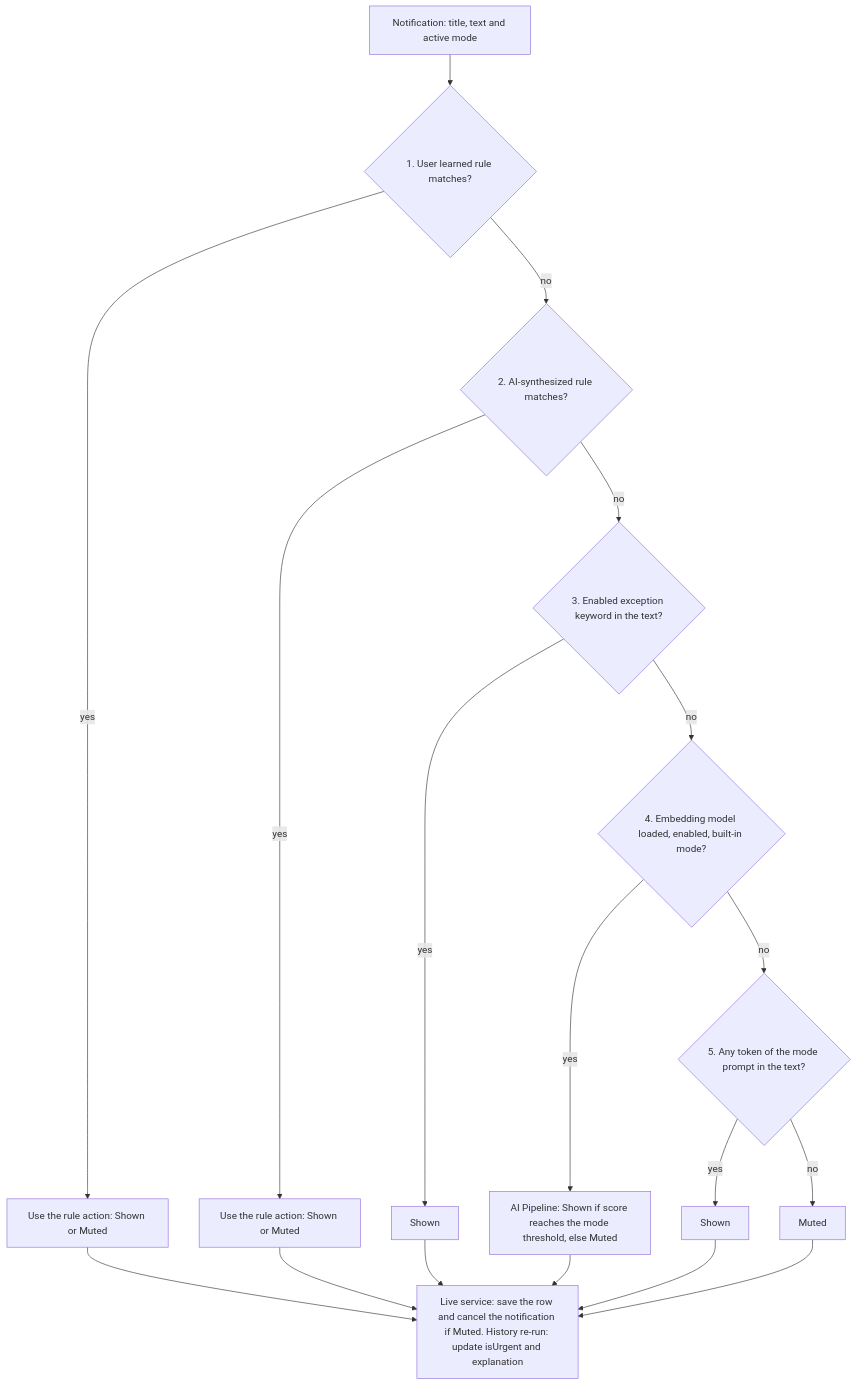
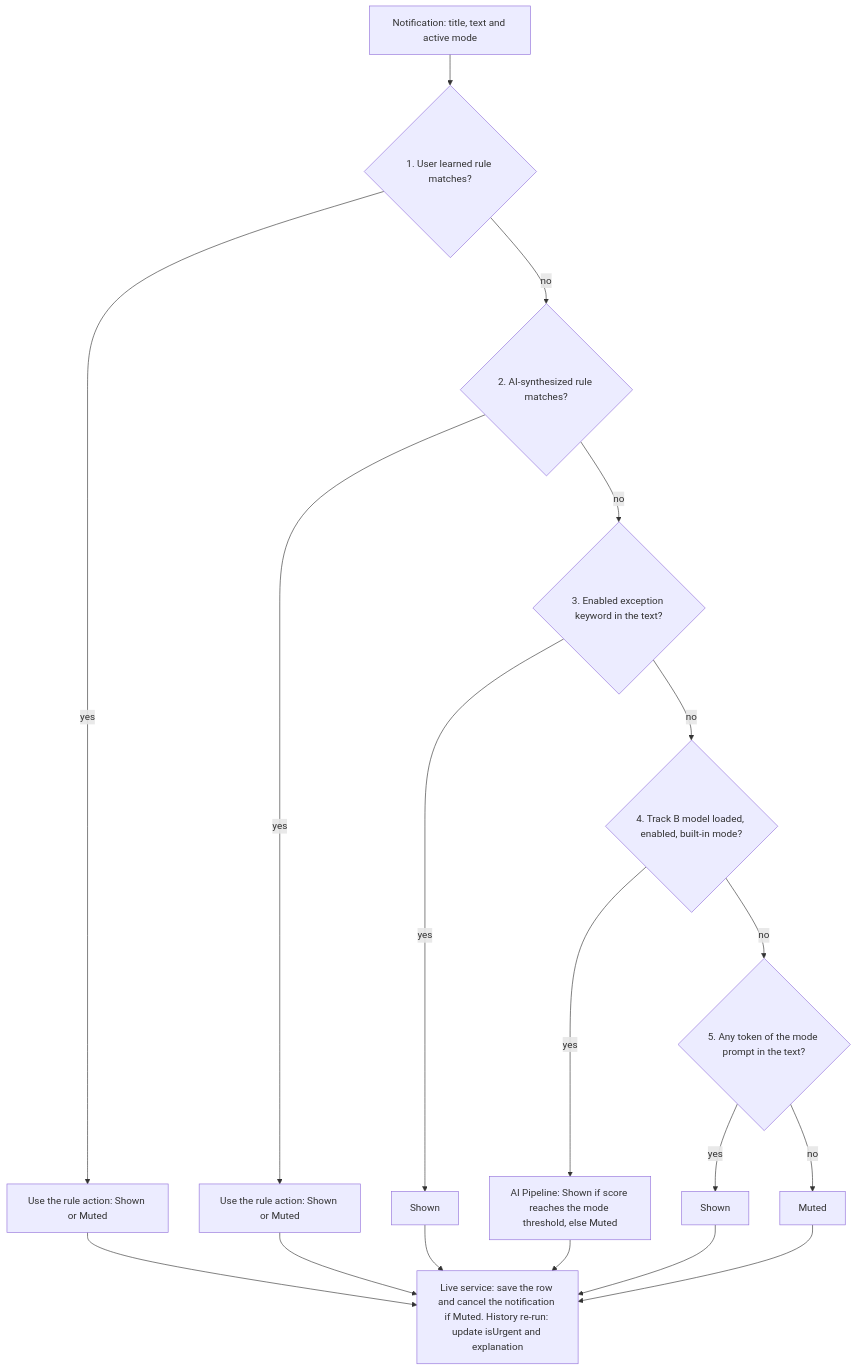
Before and after one commit to gnanaswaroop/FocusRefine: the diagram in docs/ai_classification_and_modes.md, drawn with Mermaid. The commit also changed other lines of this file and 14 other files, not shown here.

````diff
--- a/docs/ai_classification_and_modes.md
+++ b/docs/ai_classification_and_modes.md
@@ -91,20 +91,20 @@
 ```mermaid
 graph TD
     N["Notification: title, text and active mode"] --> L{"1. User learned rule matches?"}
     L -->|yes| R1["Use the rule action: Shown or Muted"]
     L -->|no| S{"2. AI-synthesized rule matches?"}
     S -->|yes| R2["Use the rule action: Shown or Muted"]
     S -->|no| E{"3. Enabled exception keyword in the text?"}
     E -->|yes| R3["Shown"]
-    E -->|no| M{"4. Embedding model loaded, enabled, built-in mode?"}
+    E -->|no| M{"4. Track B model loaded, enabled, built-in mode?"}
     M -->|yes| R4["AI Pipeline: Shown if score reaches the mode threshold, else Muted"]
     M -->|no| K{"5. Any token of the mode prompt in the text?"}
     K -->|yes| R5["Shown"]
     K -->|no| R6["Muted"]
     R1 --> D["Live service: save the row and cancel the notification if Muted. History re-run: update isUrgent and explanation"]
     R2 --> D
     R3 --> D
     R4 --> D
     R5 --> D
     R6 --> D
 ```
````
